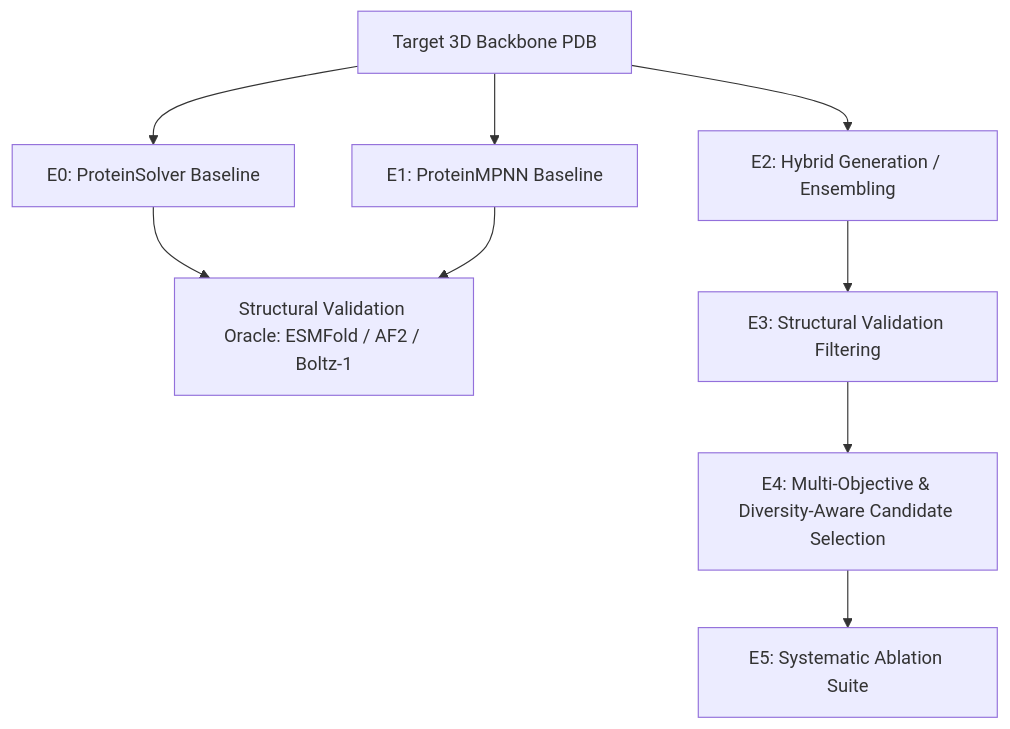
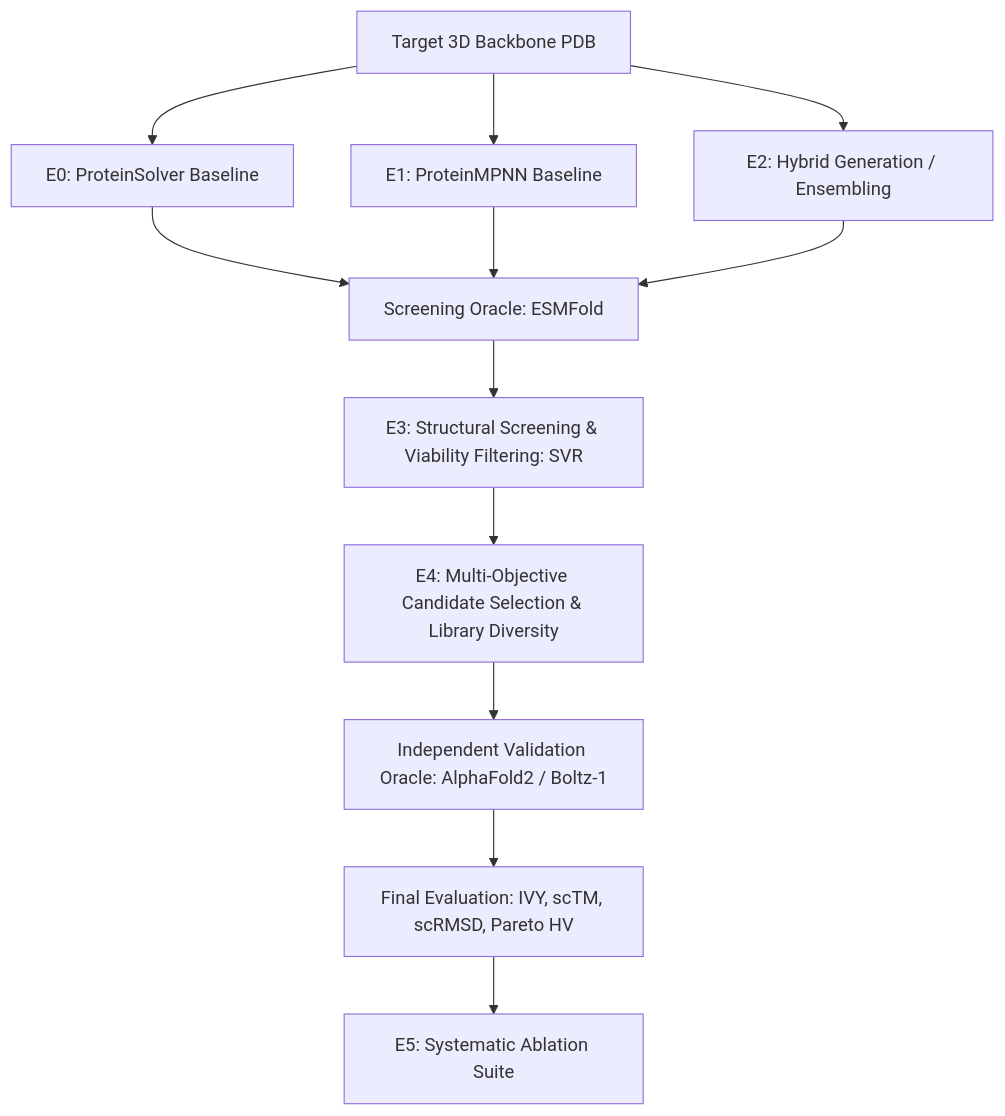
Before and after one commit to ProteinDesignRND/ProteinDesign: the diagram in science/evaluation_protocol.md, drawn with Mermaid. The commit also changed other lines of this file and 11 other files, not shown here.

````diff
--- a/science/evaluation_protocol.md
+++ b/science/evaluation_protocol.md
@@ -9,13 +10,16 @@
 ```mermaid
 graph TD
     Target[Target 3D Backbone PDB] --> E0[E0: ProteinSolver Baseline]
     Target --> E1[E1: ProteinMPNN Baseline]
     Target --> E2[E2: Hybrid Generation / Ensembling]
     
-    E0 --> Eval[Structural Validation Oracle: ESMFold / AF2 / Boltz-1]
-    E1 --> Eval
-    E2 --> E3[E3: Structural Validation Filtering]
+    E0 --> Screen[Screening Oracle: ESMFold]
+    E1 --> Screen
+    E2 --> Screen
     
-    E3 --> E4[E4: Multi-Objective & Diversity-Aware Candidate Selection]
-    E4 --> E5[E5: Systematic Ablation Suite]
+    Screen --> E3[E3: Structural Screening & Viability Filtering: SVR]
+    E3 --> E4[E4: Multi-Objective Candidate Selection & Library Diversity]
+    E4 --> Val[Independent Validation Oracle: AlphaFold2 / Boltz-1]
+    Val --> Final[Final Evaluation: IVY, scTM, scRMSD, Pareto HV]
+    Final --> E5[E5: Systematic Ablation Suite]
 ```
````
